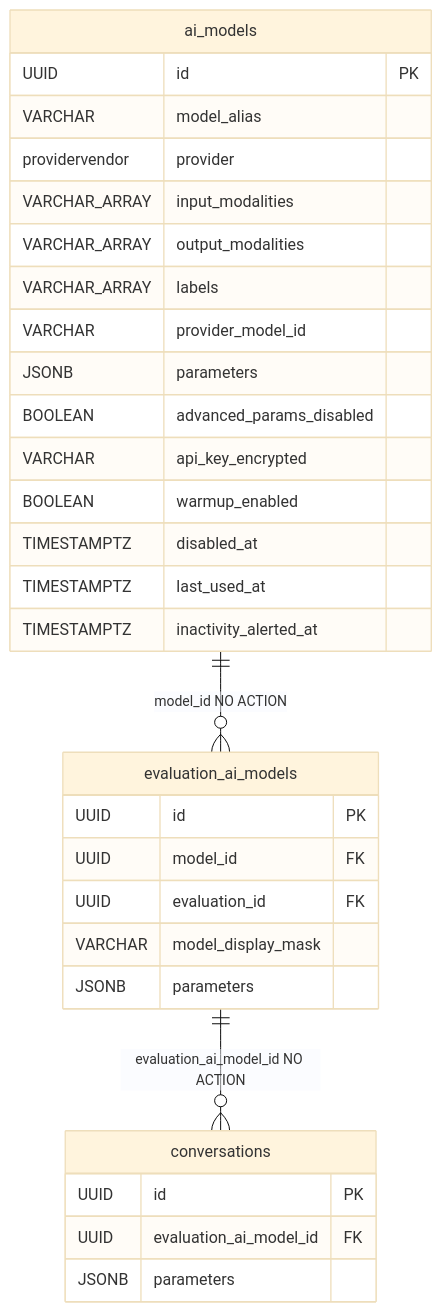
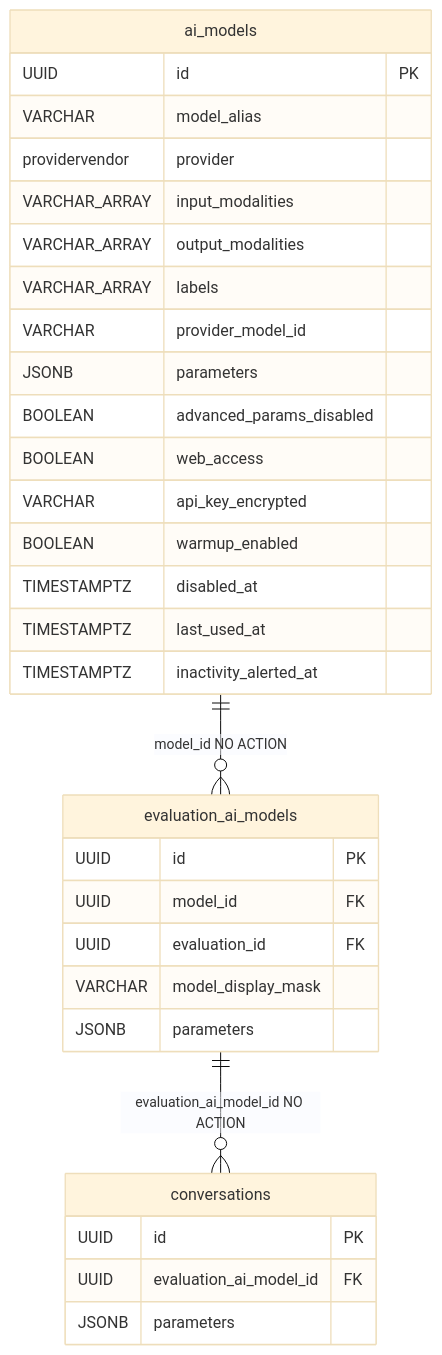
Before and after one commit to humane-intelligence/hi-oss-ai-red-teaming: the second of 2 diagrams in backend/docs/knowledge-base/data-models/ai-model.md, drawn with Mermaid (base theme). The commit also changed other lines of this file and 44 other files, not shown here.

````diff
--- a/backend/docs/knowledge-base/data-models/ai-model.md
+++ b/backend/docs/knowledge-base/data-models/ai-model.md
@@ -217,33 +238,34 @@
 ```mermaid
 erDiagram
     ai_models {
         UUID id PK
         VARCHAR model_alias
         providervendor provider
         VARCHAR_ARRAY input_modalities
         VARCHAR_ARRAY output_modalities
         VARCHAR_ARRAY labels
         VARCHAR provider_model_id
         JSONB parameters
         BOOLEAN advanced_params_disabled
+        BOOLEAN web_access
         VARCHAR api_key_encrypted
         BOOLEAN warmup_enabled
         TIMESTAMPTZ disabled_at
         TIMESTAMPTZ last_used_at
         TIMESTAMPTZ inactivity_alerted_at
     }
     evaluation_ai_models {
         UUID id PK
         UUID model_id FK
         UUID evaluation_id FK
         VARCHAR model_display_mask
         JSONB parameters
     }
     conversations {
         UUID id PK
         UUID evaluation_ai_model_id FK
         JSONB parameters
     }
     ai_models ||--o{ evaluation_ai_models : "model_id NO ACTION"
     evaluation_ai_models ||--o{ conversations : "evaluation_ai_model_id NO ACTION"
 ```
````
